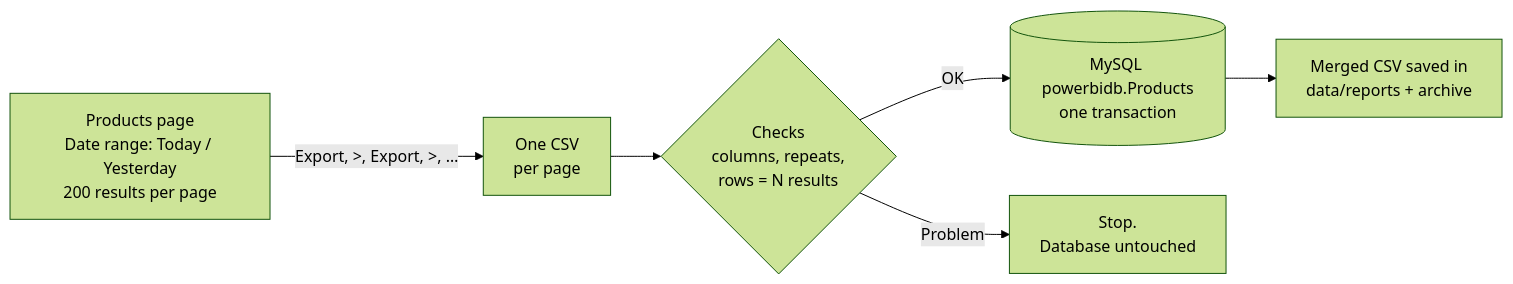
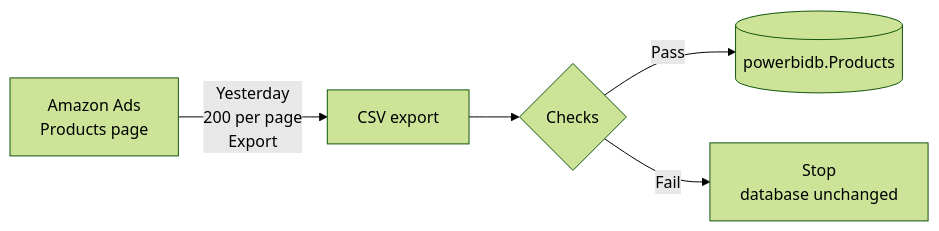
One commit to automationitrendsolution/Amazon-ad-products-report changed the diagram in README.md. Above: the diagram before and after it, drawn with Mermaid (forest theme). The commit also changed other lines of this file, not shown here.

````diff
--- a/README.md
+++ b/README.md
@@ -44,8 +43,7 @@
 ```mermaid
 flowchart LR
-    A[Products page<br/>Date range: Today / Yesterday<br/>200 results per page] -->|Export, >, Export, >, …| B[One CSV<br/>per page]
-    B --> C{Checks<br/>columns, repeats,<br/>rows = N results}
-    C -->|OK| D[(MySQL powerbidb.Products<br/>one transaction)]
-    C -->|Problem| X[Stop.<br/>Database untouched]
-    D --> E[Merged CSV saved in<br/>data/reports + archive]
+    A[Amazon Ads<br/>Products page] -->|Yesterday<br/>200 per page<br/>Export| B[CSV export]
+    B --> C{Checks}
+    C -->|Pass| D[(powerbidb.Products)]
+    C -->|Fail| X[Stop<br/>database unchanged]
 ```
````
